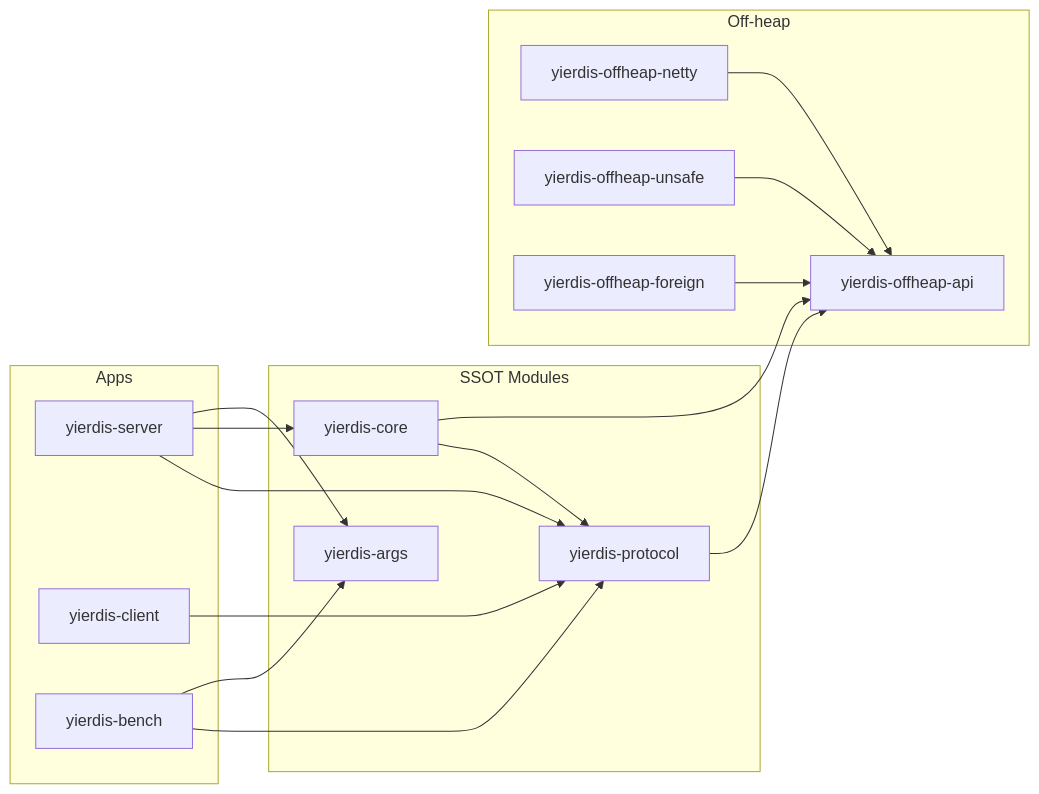
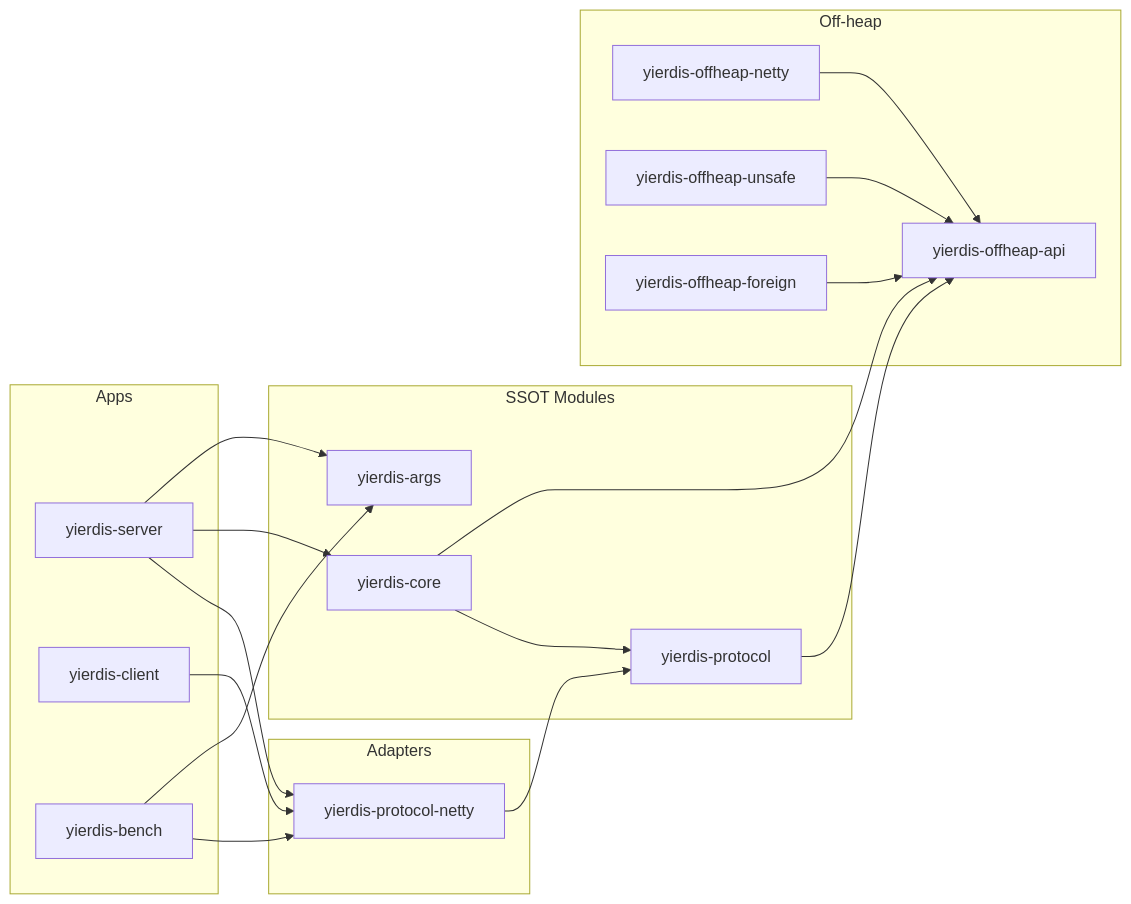
Before and after one commit to skt-shinyruo/Yierdis: the first of 2 diagrams in helloagents/wiki/arch.md, drawn with Mermaid. The commit also changed other lines of this file and 51 other files, not shown here.

Commit message:
denetty: split protocol-netty and remove core netty deps

````diff
--- a/helloagents/wiki/arch.md
+++ b/helloagents/wiki/arch.md
@@ -24,36 +26,42 @@
 ```mermaid
 flowchart LR
   subgraph Apps[Apps]
     Server[yierdis-server]
     Client[yierdis-client]
     Bench[yierdis-bench]
   end
 
   subgraph SSOT[SSOT Modules]
     Protocol[yierdis-protocol]
     Core[yierdis-core]
     Args[yierdis-args]
   end
+  
+  subgraph Adapters[Adapters]
+    ProtocolNetty[yierdis-protocol-netty]
+  end
 
   subgraph Offheap[Off-heap]
     OffheapApi[yierdis-offheap-api]
     OffheapNetty[yierdis-offheap-netty]
     OffheapUnsafe[yierdis-offheap-unsafe]
     OffheapForeign[yierdis-offheap-foreign]
   end
 
-  Server --> Protocol
+  Server --> ProtocolNetty
   Server --> Core
   Server --> Args
-  Client --> Protocol
-  Bench --> Protocol
+  Client --> ProtocolNetty
+  Bench --> ProtocolNetty
   Bench --> Args
+  
+  ProtocolNetty --> Protocol
 
   Core --> Protocol
   Core --> OffheapApi
   Protocol --> OffheapApi
 
   OffheapNetty --> OffheapApi
   OffheapUnsafe --> OffheapApi
   OffheapForeign --> OffheapApi
 ```
````
